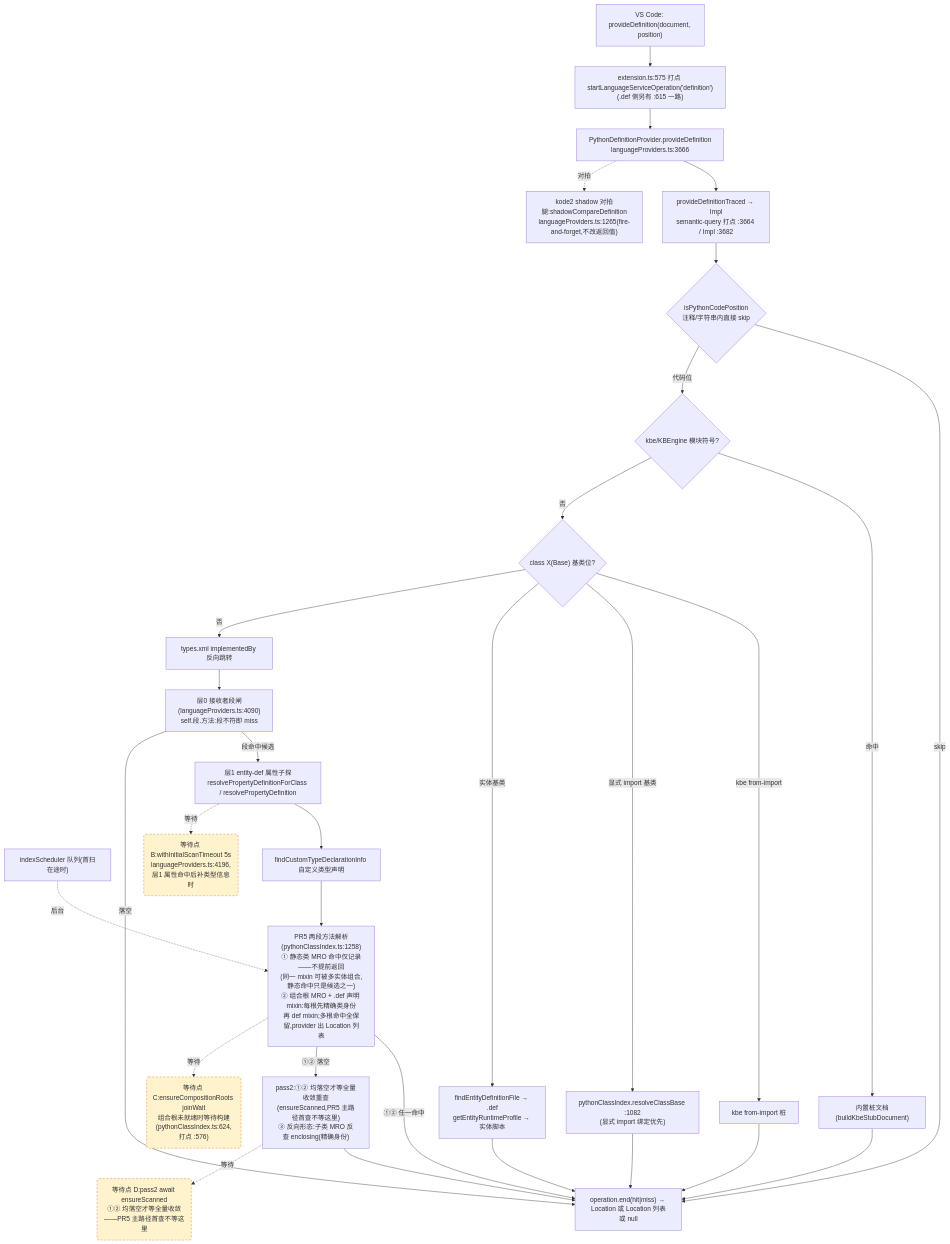
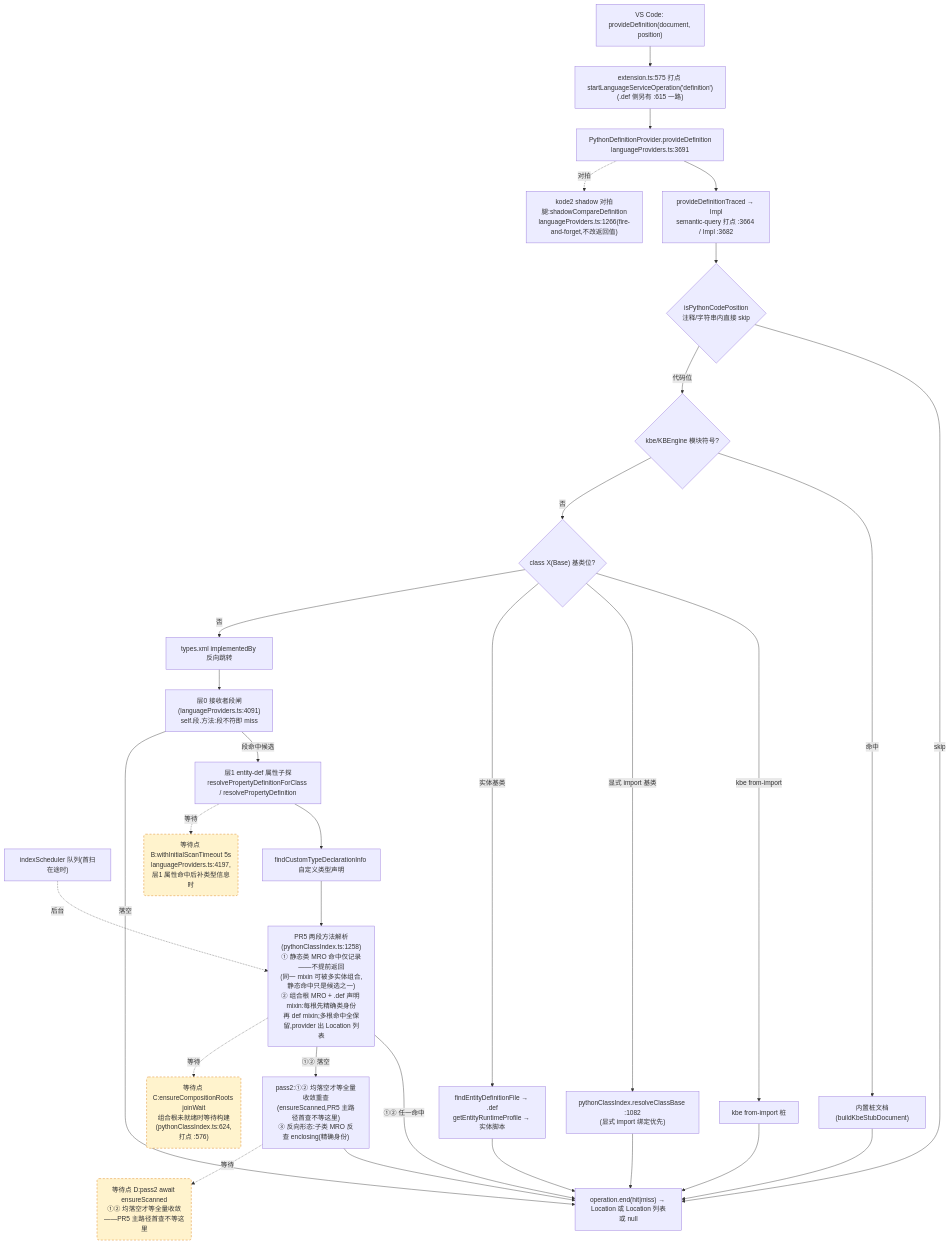
One commit to cuihairu/kode changed the second of 4 diagrams in docs/perf/2026-baseline.md. Above: the diagram before and after it, drawn with Mermaid. The commit also changed other lines of this file and 5 other files, not shown here.

````diff
--- a/docs/perf/2026-baseline.md
+++ b/docs/perf/2026-baseline.md
@@ -130,51 +130,51 @@
 ```mermaid
 flowchart TD
   VC2["VS Code: provideDefinition(document, position)"]
   M2["extension.ts:575 打点 startLanguageServiceOperation('definition')<br/>(.def 侧另有 :615 一路)"]
-  AD2["PythonDefinitionProvider.provideDefinition<br/>languageProviders.ts:3666"]
+  AD2["PythonDefinitionProvider.provideDefinition<br/>languageProviders.ts:3691"]
   TR["provideDefinitionTraced → Impl<br/>semantic-query 打点 :3664 / Impl :3682"]
   CTX{"isPythonCodePosition<br/>注释/字符串内直接 skip"}
   KBE{"kbe/KBEngine 模块符号?"}
   STUB["内置桩文档(buildKbeStubDocument)"]
   CB{"class X(Base) 基类位?"}
   CB1["kbe from-import 桩"]
   CB2["pythonClassIndex.resolveClassBase :1082<br/>(显式 import 绑定优先)"]
   CB3["findEntityDefinitionFile → .def<br/>getEntityRuntimeProfile → 实体脚本"]
   REV["types.xml implementedBy 反向跳转"]
-  L0["层0 接收者段闸(languageProviders.ts:4090)<br/>self.段.方法:段不符即 miss"]
+  L0["层0 接收者段闸(languageProviders.ts:4091)<br/>self.段.方法:段不符即 miss"]
   L1["层1 entity-def 属性子探<br/>resolvePropertyDefinitionForClass / resolvePropertyDefinition"]
   SCAN["indexScheduler 队列(首扫在途时)"]
   TY["findCustomTypeDeclarationInfo 自定义类型声明"]
   MRO["PR5 两段方法解析(pythonClassIndex.ts:1258)<br/>① 静态类 MRO 命中仅记录——不提前返回<br/>(同一 mixin 可被多实体组合,静态命中只是候选之一)<br/>② 组合根 MRO + .def 声明 mixin:每根先精确类身份<br/>再 def mixin;多根命中全保留,provider 出 Location 列表"]
   PASS2["pass2:①② 均落空才等全量收敛重查<br/>(ensureScanned,PR5 主路径首查不等这里)<br/>③ 反向形态:子类 MRO 反查 enclosing(精确身份)"]
-  SHD["kode2 shadow 对拍腿:shadowCompareDefinition<br/>languageProviders.ts:1265(fire-and-forget,不改返回值)"]
+  SHD["kode2 shadow 对拍腿:shadowCompareDefinition<br/>languageProviders.ts:1266(fire-and-forget,不改返回值)"]
   END2["operation.end(hit|miss) → Location 或 Location 列表或 null"]
 
   VC2 --> M2 --> AD2 --> TR --> CTX
   CTX -- "skip" --> END2
   CTX -- "代码位" --> KBE
   KBE -- "命中" --> STUB --> END2
   KBE -- "否" --> CB
   CB -- "kbe from-import" --> CB1 --> END2
   CB -- "显式 import 基类" --> CB2 --> END2
   CB -- "实体基类" --> CB3 --> END2
   CB -- "否" --> REV --> L0
   L0 -- "段命中候选" --> L1
   L0 -- "落空" --> END2
   L1 --> TY
   TY --> MRO
   MRO -- "①② 任一命中" --> END2
   MRO -- "①② 落空" --> PASS2 --> END2
   AD2 -.->|对拍| SHD
 
-  WAITB("等待点 B:withInitialScanTimeout 5s<br/>languageProviders.ts:4196,层1 属性命中后补类型信息时")
+  WAITB("等待点 B:withInitialScanTimeout 5s<br/>languageProviders.ts:4197,层1 属性命中后补类型信息时")
   WAITC("等待点 C:ensureCompositionRoots joinWait<br/>组合根未就绪时等待构建(pythonClassIndex.ts:624,打点 :576)")
   WAITD("等待点 D:pass2 await ensureScanned<br/>①② 均落空才等全量收敛——PR5 主路径首查不等这里")
   L1 -.->|等待| WAITB
   MRO -.->|等待| WAITC
   PASS2 -.->|等待| WAITD
   SCAN -.->|后台| MRO
 
   classDef waitPoint fill:#fff3cd,stroke:#d97706,stroke-dasharray:5 4;
   class WAITB,WAITC,WAITD waitPoint;
 ```
````
